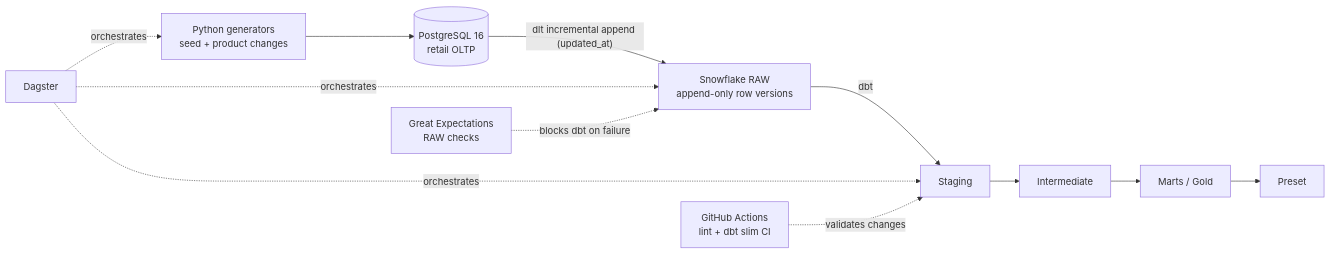
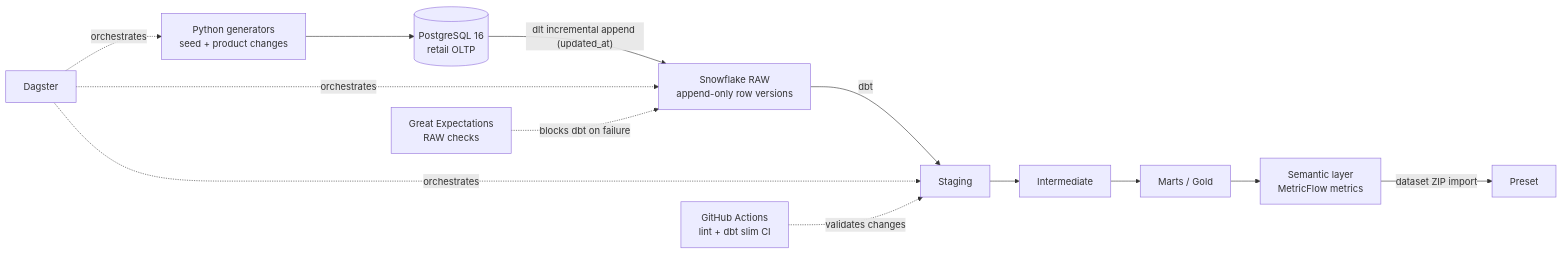
One commit to whtbl3/retail-pulse changed the diagram in docs/Project-Spec.md. Above: the diagram before and after it, drawn with Mermaid. The commit also changed other lines of this file and 18 other files, not shown here.

Commit message:
feat: semantic layer with MetricFlow metrics imported into Preset (spec 002) (#18)

````diff
--- a/docs/Project-Spec.md
+++ b/docs/Project-Spec.md
@@ -73,14 +74,15 @@
 ```mermaid
 flowchart LR
     GEN["Python generators<br/>seed + product changes"] --> PG[("PostgreSQL 16<br/>retail OLTP")]
     PG -->|"dlt incremental append (updated_at)"| RAW["Snowflake RAW<br/>append-only row versions"]
     RAW -->|"dbt"| STG["Staging"]
     STG --> INT["Intermediate"]
     INT --> MART["Marts / Gold"]
-    MART --> BI["Preset"]
+    MART --> SL["Semantic layer<br/>MetricFlow metrics"]
+    SL -->|"dataset ZIP import"| BI["Preset"]
     DAG["Dagster"] -. orchestrates .-> GEN
     DAG -. orchestrates .-> RAW
     DAG -. orchestrates .-> STG
     GE["Great Expectations<br/>RAW checks"] -. blocks dbt on failure .-> RAW
     CI["GitHub Actions<br/>lint + dbt slim CI"] -. validates changes .-> STG
 ```
````
